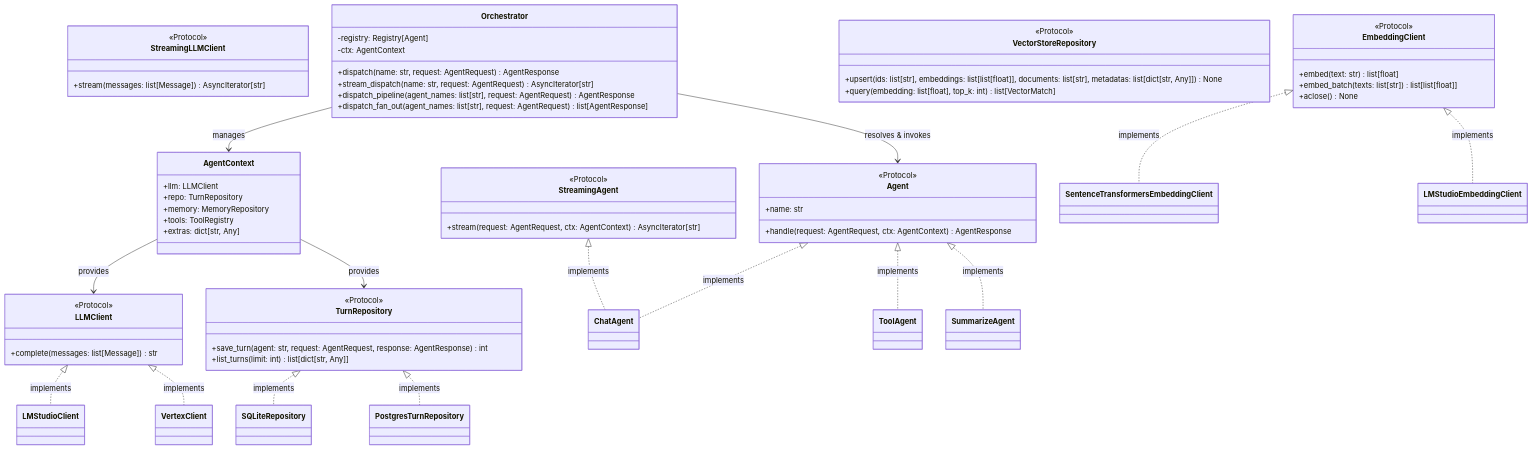
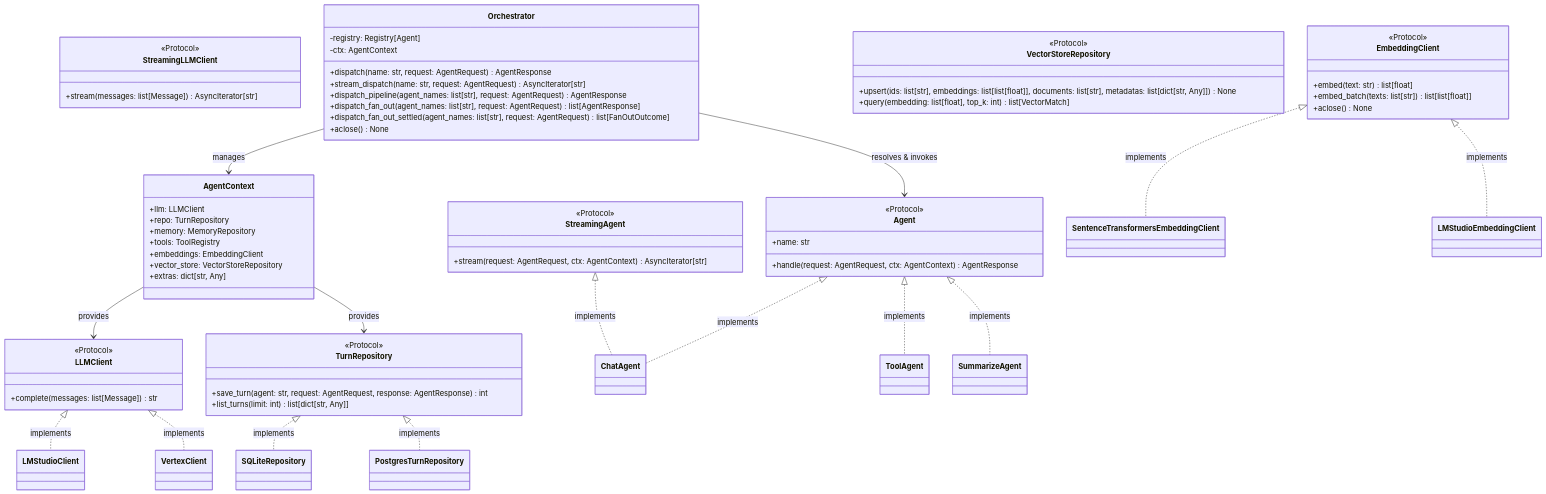
One commit to Mango-Metrics-NLM/MangoMas_V2 changed the first of 3 diagrams in docs/architecture/c4-code.md. Above: the diagram before and after it, drawn with Mermaid. The commit also changed other lines of this file and 45 other files, not shown here.

````diff
--- a/docs/architecture/c4-code.md
+++ b/docs/architecture/c4-code.md
@@ -16,76 +16,80 @@
 ```mermaid
 classDiagram
     direction TB
     
     class Agent {
         <<Protocol>>
         +name: str
         +handle(request: AgentRequest, ctx: AgentContext) AgentResponse
     }
     
     class StreamingAgent {
         <<Protocol>>
         +stream(request: AgentRequest, ctx: AgentContext) AsyncIterator[str]
     }
     
     class LLMClient {
         <<Protocol>>
         +complete(messages: list[Message]) str
     }
     
     class StreamingLLMClient {
         <<Protocol>>
         +stream(messages: list[Message]) AsyncIterator[str]
     }
     
     class EmbeddingClient {
         <<Protocol>>
         +embed(text: str) list[float]
         +embed_batch(texts: list[str]) list[list[float]]
         +aclose() None
     }
     
     class TurnRepository {
         <<Protocol>>
         +save_turn(agent: str, request: AgentRequest, response: AgentResponse) int
         +list_turns(limit: int) list[dict[str, Any]]
     }
     
     class VectorStoreRepository {
         <<Protocol>>
         +upsert(ids: list[str], embeddings: list[list[float]], documents: list[str], metadatas: list[dict[str, Any]]) None
         +query(embedding: list[float], top_k: int) list[VectorMatch]
     }
     
     class Orchestrator {
         -registry: Registry[Agent]
         -ctx: AgentContext
         +dispatch(name: str, request: AgentRequest) AgentResponse
         +stream_dispatch(name: str, request: AgentRequest) AsyncIterator[str]
         +dispatch_pipeline(agent_names: list[str], request: AgentRequest) AgentResponse
         +dispatch_fan_out(agent_names: list[str], request: AgentRequest) list[AgentResponse]
+        +dispatch_fan_out_settled(agent_names: list[str], request: AgentRequest) list[FanOutOutcome]
+        +aclose() None
     }
     
     class AgentContext {
         +llm: LLMClient
         +repo: TurnRepository
         +memory: MemoryRepository
         +tools: ToolRegistry
+        +embeddings: EmbeddingClient
+        +vector_store: VectorStoreRepository
         +extras: dict[str, Any]
     }
     
     Orchestrator --> AgentContext : manages
     Orchestrator --> Agent : resolves & invokes
     Agent <|.. ChatAgent : implements
     Agent <|.. ToolAgent : implements
     Agent <|.. SummarizeAgent : implements
     StreamingAgent <|.. ChatAgent : implements
     AgentContext --> LLMClient : provides
     AgentContext --> TurnRepository : provides
     LLMClient <|.. LMStudioClient : implements
     LLMClient <|.. VertexClient : implements
     EmbeddingClient <|.. SentenceTransformersEmbeddingClient : implements
     EmbeddingClient <|.. LMStudioEmbeddingClient : implements
     TurnRepository <|.. SQLiteRepository : implements
     TurnRepository <|.. PostgresTurnRepository : implements
 ```
````
